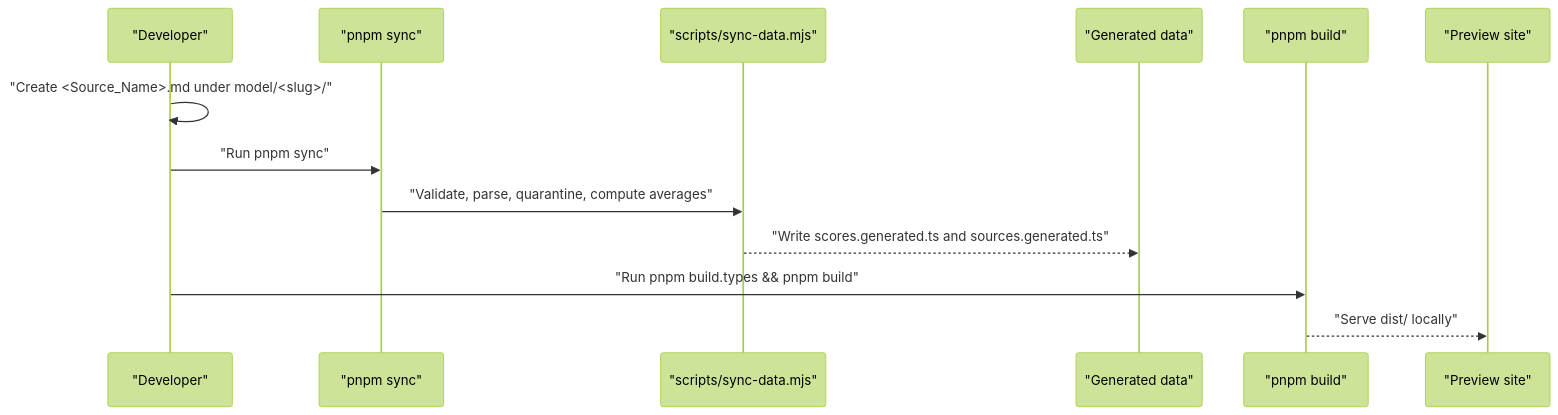
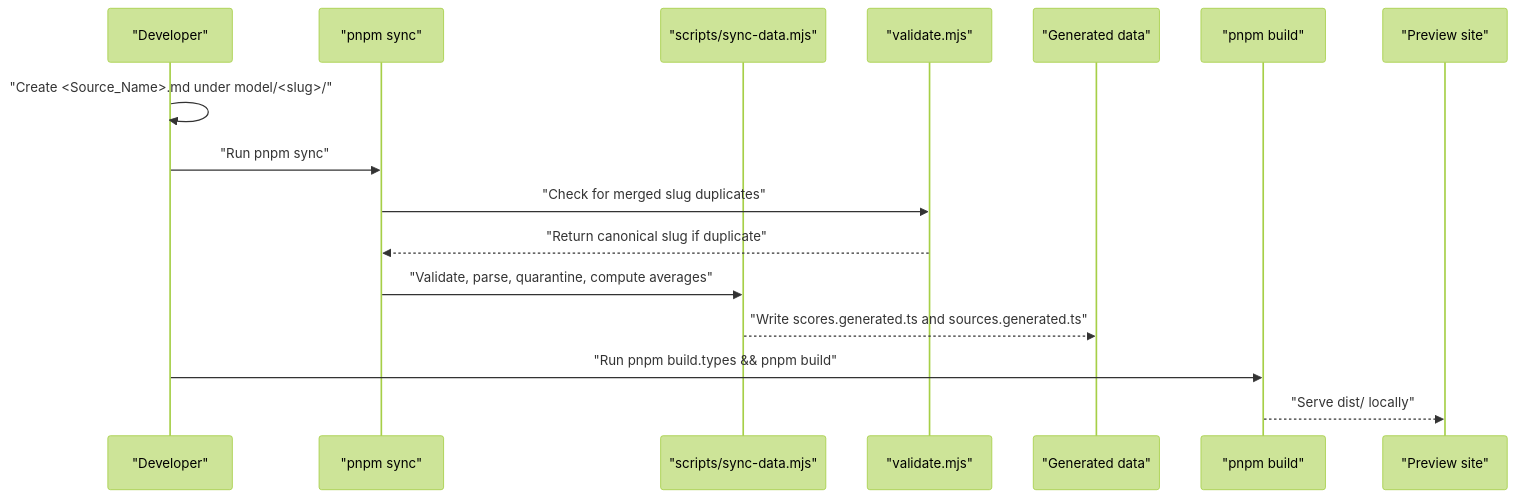
One commit to delirium-dj/modelcomp changed the third of 4 diagrams in .qoder/repowiki/en/content/Getting Started.md. Above: the diagram before and after it, drawn with Mermaid (forest theme). The commit also changed other lines of this file and 242 other files, not shown here.

````diff
--- a/.qoder/repowiki/en/content/Getting Started.md
+++ b/.qoder/repowiki/en/content/Getting Started.md
@@ -232,15 +250,18 @@
 ```mermaid
 sequenceDiagram
 participant Dev as "Developer"
 participant Sync as "pnpm sync"
 participant Script as "scripts/sync-data.mjs"
+participant Validate as "validate.mjs"
 participant Data as "Generated data"
 participant Build as "pnpm build"
 participant Site as "Preview site"
 Dev->>Dev : "Create <Source_Name>.md under model/<slug>/"
 Dev->>Sync : "Run pnpm sync"
+Sync->>Validate : "Check for merged slug duplicates"
+Validate-->>Sync : "Return canonical slug if duplicate"
 Sync->>Script : "Validate, parse, quarantine, compute averages"
 Script-->>Data : "Write scores.generated.ts and sources.generated.ts"
 Dev->>Build : "Run pnpm build.types && pnpm build"
 Build-->>Site : "Serve dist/ locally"
 ```
````
